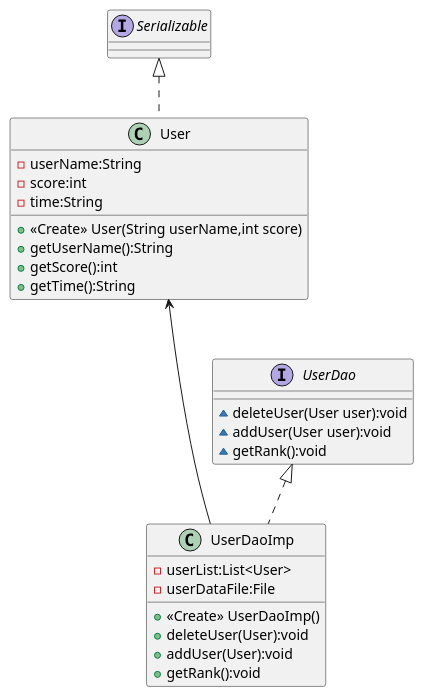
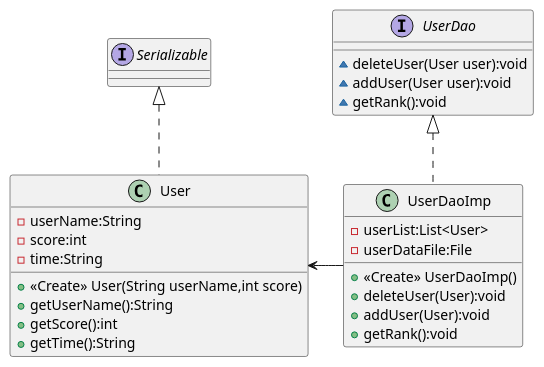
The diagram in uml/dao.puml (maochiyu1111/AircraftWar), drawn with PlantUML before and after one commit. The commit also changed 13 other files, not shown here.

```diff
--- a/uml/dao.puml
+++ b/uml/dao.puml
@@ -1,30 +1,30 @@
 @startuml
 class UserDaoImp {
 - userList:List<User>
 - userDataFile:File
 + <<Create>> UserDaoImp()
 + deleteUser(User):void
 + addUser(User):void
 + getRank():void
 }
 class User {
 - userName:String
 - score:int
 - time:String
 + <<Create>> User(String userName,int score)
 + getUserName():String
 + getScore():int
 + getTime():String
 }
 interface UserDao {
 ~ deleteUser(User user):void
 ~ addUser(User user):void
 ~ getRank():void
 }
 
 interface Serializable{}
 
 UserDao <|.. UserDaoImp
 Serializable <|.. User
-User <--- UserDaoImp
+User <- UserDaoImp
 @enduml
```
